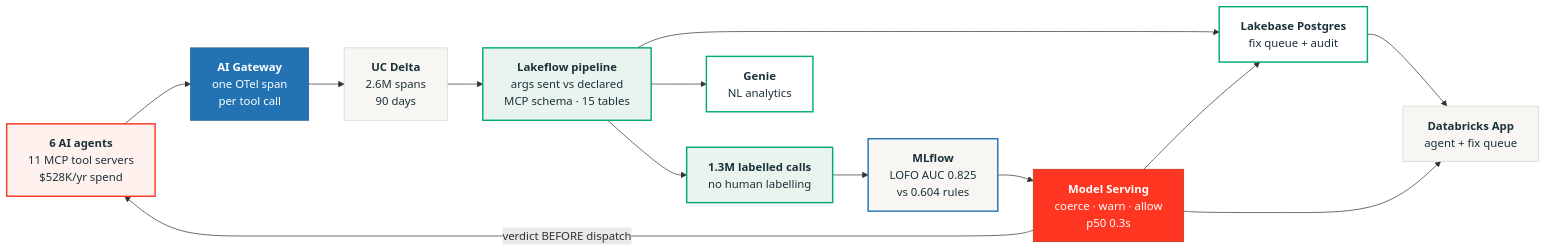
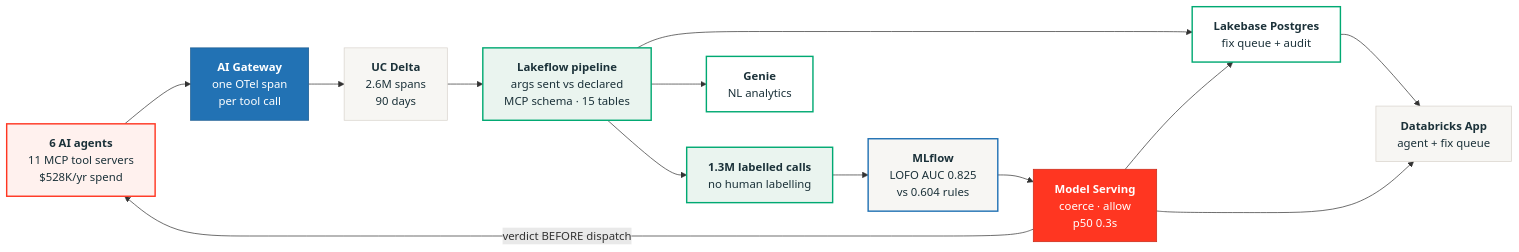
Before and after one commit to 29sonakshi/stop-agent-waste: the diagram in docs/architecture-overview.mmd, drawn with Mermaid. The commit also changed 9 other files, not shown here.

First line of the commit message:
Use the deck architecture diagram; collapse the guard to two verdicts

```diff
--- a/docs/architecture-overview.mmd
+++ b/docs/architecture-overview.mmd
@@ -1,27 +1,27 @@
 flowchart LR
   classDef agents fill:#FFF1EE,stroke:#FF3621,stroke-width:2px,color:#1B3139
   classDef gw     fill:#2272B4,stroke:#1A5A8F,color:#FFFFFF
   classDef lake   fill:#F7F6F3,stroke:#D8D3CC,color:#1B3139
   classDef pipe   fill:#EAF4EF,stroke:#00A972,stroke-width:2px,color:#1B3139
   classDef ml     fill:#F7F6F3,stroke:#2272B4,stroke-width:2px,color:#1B3139
   classDef serve  fill:#FF3621,stroke:#C72A19,color:#FFFFFF
   classDef pg     fill:#FFFFFF,stroke:#00A972,stroke-width:2px,color:#1B3139
 
   A["<b>6 AI agents</b><br/>11 MCP tool servers<br/>$528K/yr spend"]:::agents
   G["<b>AI Gateway</b><br/>one OTel span<br/>per tool call"]:::gw
   D["<b>UC Delta</b><br/>2.6M spans<br/>90 days"]:::lake
   P["<b>Lakeflow pipeline</b><br/>args sent vs declared<br/>MCP schema · 15 tables"]:::pipe
   L["<b>1.3M labelled calls</b><br/>no human labelling"]:::pipe
   T["<b>MLflow</b><br/>LOFO AUC 0.825<br/>vs 0.604 rules"]:::ml
-  S["<b>Model Serving</b><br/>coerce · warn · allow<br/>p50 0.3s"]:::serve
+  S["<b>Model Serving</b><br/>coerce · allow<br/>p50 0.3s"]:::serve
   B["<b>Lakebase Postgres</b><br/>fix queue + audit"]:::pg
   N["<b>Genie</b><br/>NL analytics"]:::pg
   W["<b>Databricks App</b><br/>agent + fix queue"]:::lake
 
   A --> G --> D --> P --> L --> T --> S
   S -->|"verdict BEFORE dispatch"| A
   P --> B
   P --> N
   S --> B
   B --> W
   S --> W
```
